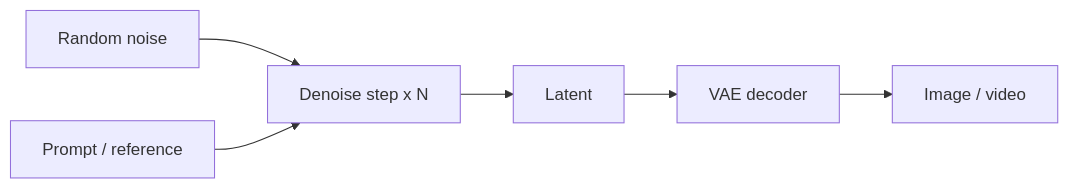
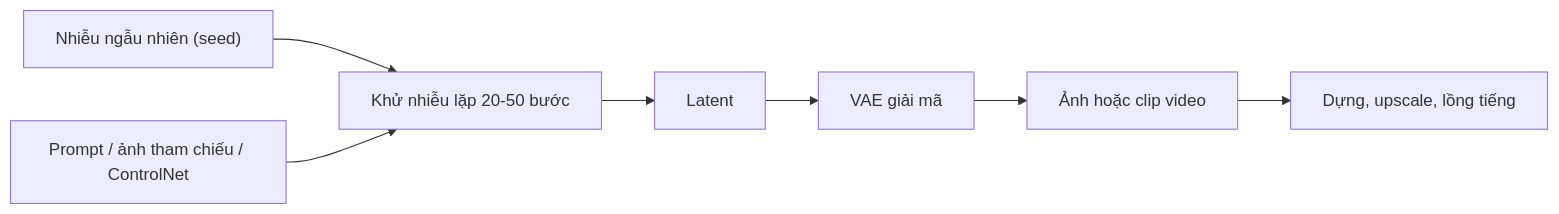
The diagram in src/assets/knowledge/playbooks/ai-engineering/ai-video-image-generation.md (passion-Infinity/personal-tech-playbook), drawn with Mermaid before and after one commit. The commit also changed other lines of this file and 6 other files, not shown here.

First line of the commit message:
Deep-dive rewrite: context/memory, tool use/MCP, agents, multi-agent, coding assistants, image/video generation

````diff
--- a/src/assets/knowledge/playbooks/ai-engineering/ai-video-image-generation.md
+++ b/src/assets/knowledge/playbooks/ai-engineering/ai-video-image-generation.md
@@ -17,6 +33,7 @@
 ```mermaid
 flowchart LR
-    N["Random noise"] --> D["Denoise step x N"]
-    TXT["Prompt / reference"] --> D
-    D --> LAT["Latent"] --> DEC["VAE decoder"] --> OUT["Image / video"]
+    N["Nhiễu ngẫu nhiên (seed)"] --> D["Khử nhiễu lặp 20-50 bước"]
+    TXT["Prompt / ảnh tham chiếu / ControlNet"] --> D
+    D --> LAT["Latent"] --> VAE["VAE giải mã"] --> OUT["Ảnh hoặc clip video"]
+    OUT --> POST["Dựng, upscale, lồng tiếng"]
 ```
````
